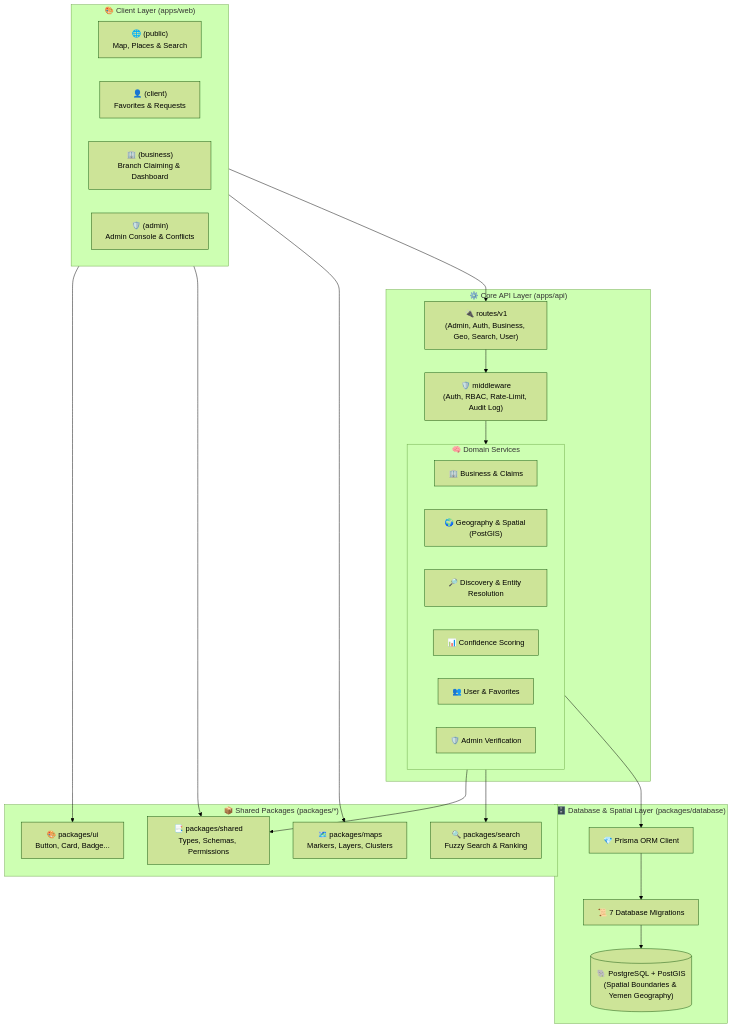
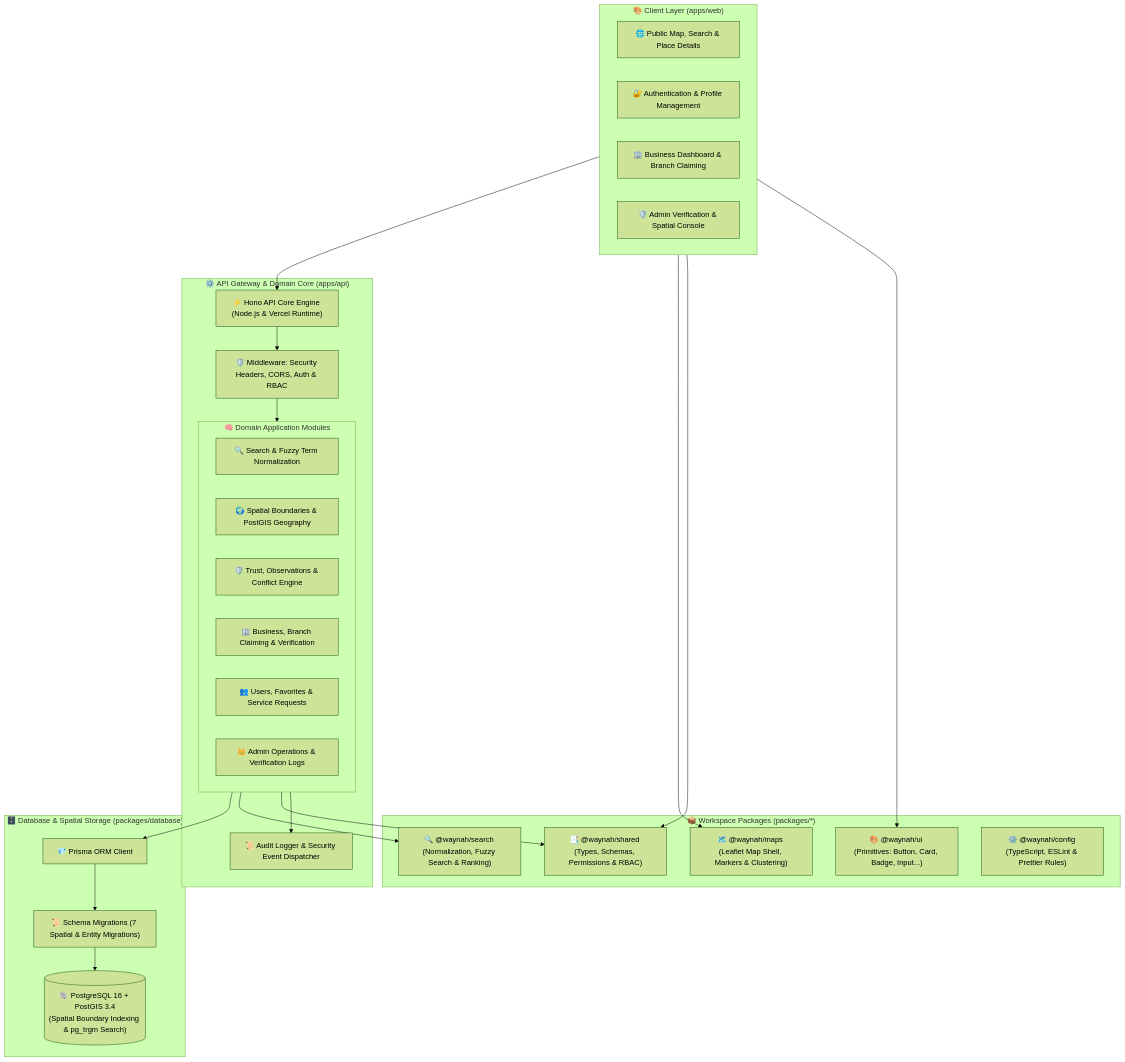
One commit to mghalaosimi-web/waynah changed the second of 2 diagrams in README.md. Above: the diagram before and after it, drawn with Mermaid (forest theme). The commit also changed other lines of this file and 2 other files, not shown here.

Commit message:
docs(waynah): update master visual showcase hero and verified architecture specification

````diff
--- a/README.md
+++ b/README.md
@@ -30,51 +188,53 @@
 ```mermaid
 graph TD
     subgraph ClientLayer ["🎨 Client Layer (apps/web)"]
-        UI_PUBLIC["🌐 (public)<br/>Map, Places & Search"]
-        UI_CLIENT["👤 (client)<br/>Favorites & Requests"]
-        UI_BUSINESS["🏢 (business)<br/>Branch Claiming & Dashboard"]
-        UI_ADMIN["🛡️ (admin)<br/>Admin Console & Conflicts"]
+        UI_PUBLIC["🌐 Public Map, Search & Place Details"]
+        UI_AUTH["🔐 Authentication & Profile Management"]
+        UI_BUSINESS["🏢 Business Dashboard & Branch Claiming"]
+        UI_ADMIN["🛡️ Admin Verification & Spatial Console"]
     end
 
-    subgraph SharedPackages ["📦 Shared Packages (packages/*)"]
-        PKG_UI["🎨 packages/ui<br/>Button, Card, Badge..."]
-        PKG_SHARED["📑 packages/shared<br/>Types, Schemas, Permissions"]
-        PKG_MAPS["🗺️ packages/maps<br/>Markers, Layers, Clusters"]
-        PKG_SEARCH["🔍 packages/search<br/>Fuzzy Search & Ranking"]
+    subgraph SharedPackages ["📦 Workspace Packages (packages/*)"]
+        PKG_UI["🎨 @waynah/ui (Primitives: Button, Card, Badge, Input...)"]
+        PKG_SHARED["📑 @waynah/shared (Types, Schemas, Permissions & RBAC)"]
+        PKG_MAPS["🗺️ @waynah/maps (Leaflet Map Shell, Markers & Clustering)"]
+        PKG_SEARCH["🔍 @waynah/search (Normalization, Fuzzy Search & Ranking)"]
+        PKG_CONFIG["⚙️ @waynah/config (TypeScript, ESLint & Prettier Rules)"]
     end
 
-    subgraph ApiLayer ["⚙️ Core API Layer (apps/api)"]
-        ROUTES["🔌 routes/v1<br/>(Admin, Auth, Business, Geo, Search, User)"]
-        MIDDLEWARE["🛡️ middleware<br/>(Auth, RBAC, Rate-Limit, Audit Log)"]
+    subgraph ApiLayer ["⚙️ API Gateway & Domain Core (apps/api)"]
+        HONO_SERVER["⚡ Hono API Core Engine (Node.js & Vercel Runtime)"]
+        SEC_MIDDLEWARE["🛡️ Middleware: Security Headers, CORS, Auth & RBAC"]
+        AUDIT_SYS["📜 Audit Logger & Security Event Dispatcher"]
 
-        subgraph DomainServices ["🧠 Domain Services"]
-            DOM_BUSINESS["🏢 Business & Claims"]
-            DOM_GEO["🌍 Geography & Spatial (PostGIS)"]
-            DOM_DISCOVERY["🔎 Discovery & Entity Resolution"]
-            DOM_INTEL["📊 Confidence Scoring"]
-            DOM_USER["👥 User & Favorites"]
-            DOM_ADMIN["🛡️ Admin Verification"]
+        subgraph DomainServices ["🧠 Domain Application Modules"]
+            DOM_SEARCH["🔍 Search & Fuzzy Term Normalization"]
+            DOM_GEO["🌍 Spatial Boundaries & PostGIS Geography"]
+            DOM_TRUST["🛡️ Trust, Observations & Conflict Engine"]
+            DOM_BIZ["🏢 Business, Branch Claiming & Verification"]
+            DOM_USER["👥 Users, Favorites & Service Requests"]
+            DOM_ADMIN["👑 Admin Operations & Verification Logs"]
         end
     end
 
-    subgraph DataLayer ["🗄️ Database & Spatial Layer (packages/database)"]
-        PRISMA["💎 Prisma ORM Client"]
-        MIGRATIONS["📜 7 Database Migrations"]
-        POSTGIS[("🐘 PostgreSQL + PostGIS<br/>(Spatial Boundaries & Yemen Geography)")]
+    subgraph DataLayer ["🗄️ Database & Spatial Storage (packages/database)"]
+        PRISMA_CLIENT["💎 Prisma ORM Client"]
+        MIGRATIONS["📜 Schema Migrations (7 Spatial & Entity Migrations)"]
+        POSTGRES_DB[("🐘 PostgreSQL 16 + PostGIS 3.4<br/>(Spatial Boundary Indexing & pg_trgm Search)")]
     end
 
     ClientLayer --> PKG_UI
     ClientLayer --> PKG_SHARED
     ClientLayer --> PKG_MAPS
-    ClientLayer --> ROUTES
+    ClientLayer --> HONO_SERVER
 
-    ROUTES --> MIDDLEWARE
-    MIDDLEWARE --> DomainServices
-
+    HONO_SERVER --> SEC_MIDDLEWARE
+    SEC_MIDDLEWARE --> DomainServices
+    DomainServices --> AUDIT_SYS
     DomainServices --> PKG_SHARED
     DomainServices --> PKG_SEARCH
-    DomainServices --> PRISMA
+    DomainServices --> PRISMA_CLIENT
 
-    PRISMA --> MIGRATIONS
-    MIGRATIONS --> POSTGIS
+    PRISMA_CLIENT --> MIGRATIONS
+    MIGRATIONS --> POSTGRES_DB
 ```
````
